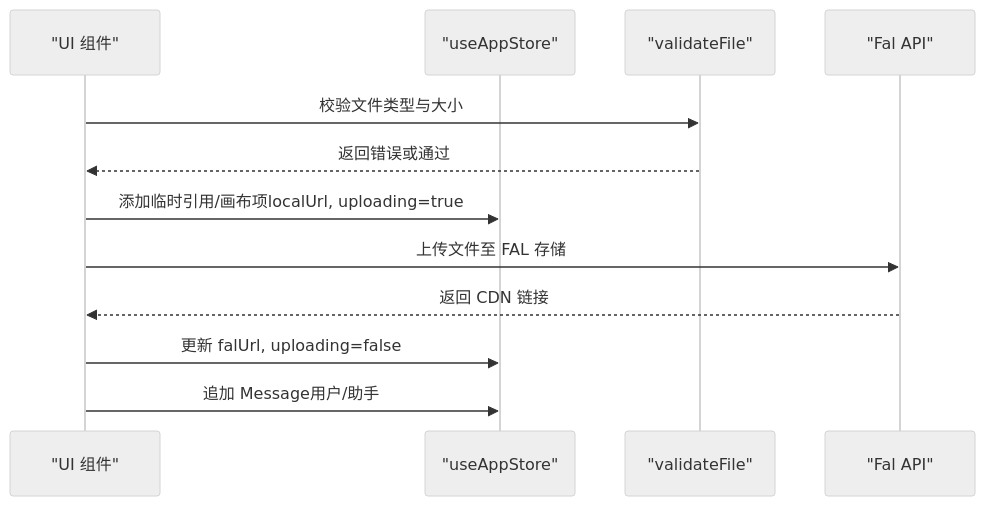
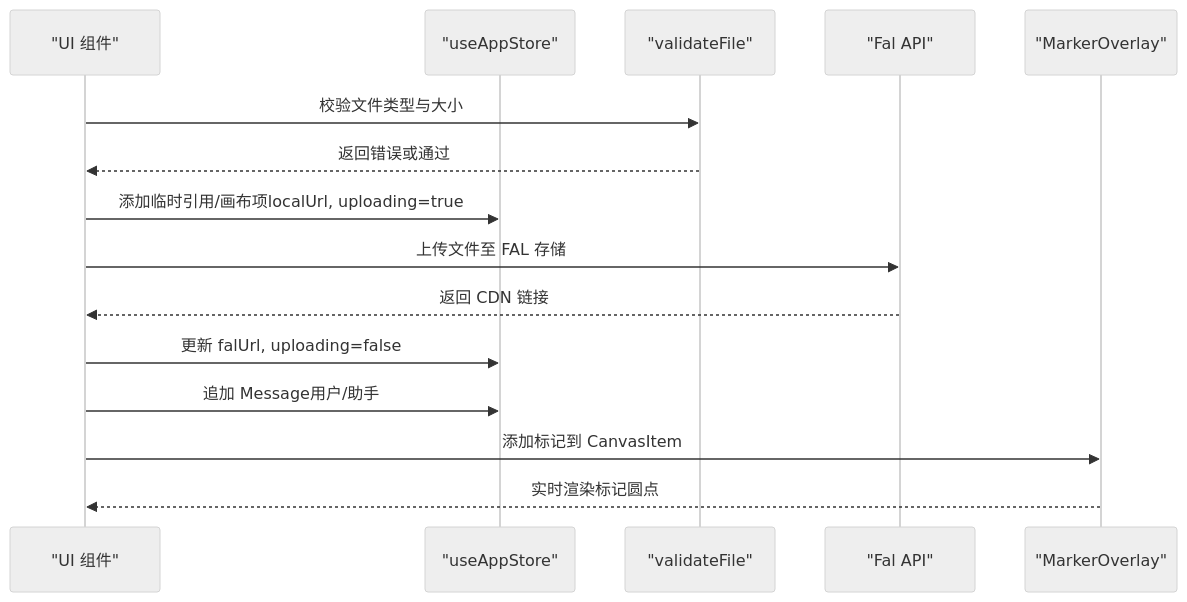
The second of 8 diagrams in .qoder/repowiki/zh/content/数据模型.md (billye220670/BananaFlow2), drawn with Mermaid (neutral theme) before and after one commit. The commit also changed other lines of this file and 10 other files, not shown here.

````diff
--- a/.qoder/repowiki/zh/content/数据模型.md
+++ b/.qoder/repowiki/zh/content/数据模型.md
@@ -200,14 +249,17 @@
 ```mermaid
 sequenceDiagram
 participant UI as "UI 组件"
 participant Store as "useAppStore"
 participant Validate as "validateFile"
 participant FAL as "Fal API"
+participant Marker as "MarkerOverlay"
 UI->>Validate : 校验文件类型与大小
 Validate-->>UI : 返回错误或通过
 UI->>Store : 添加临时引用/画布项localUrl, uploading=true
 UI->>FAL : 上传文件至 FAL 存储
 FAL-->>UI : 返回 CDN 链接
 UI->>Store : 更新 falUrl, uploading=false
 UI->>Store : 追加 Message用户/助手
+UI->>Marker : 添加标记到 CanvasItem
+Marker-->>UI : 实时渲染标记圆点
 ```
````
